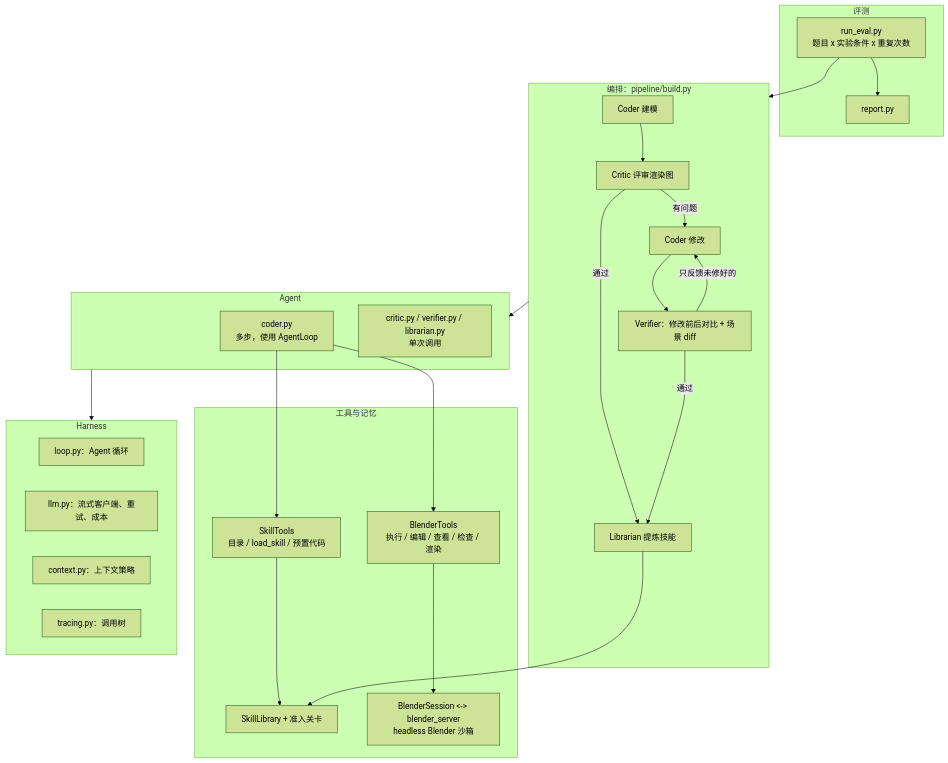
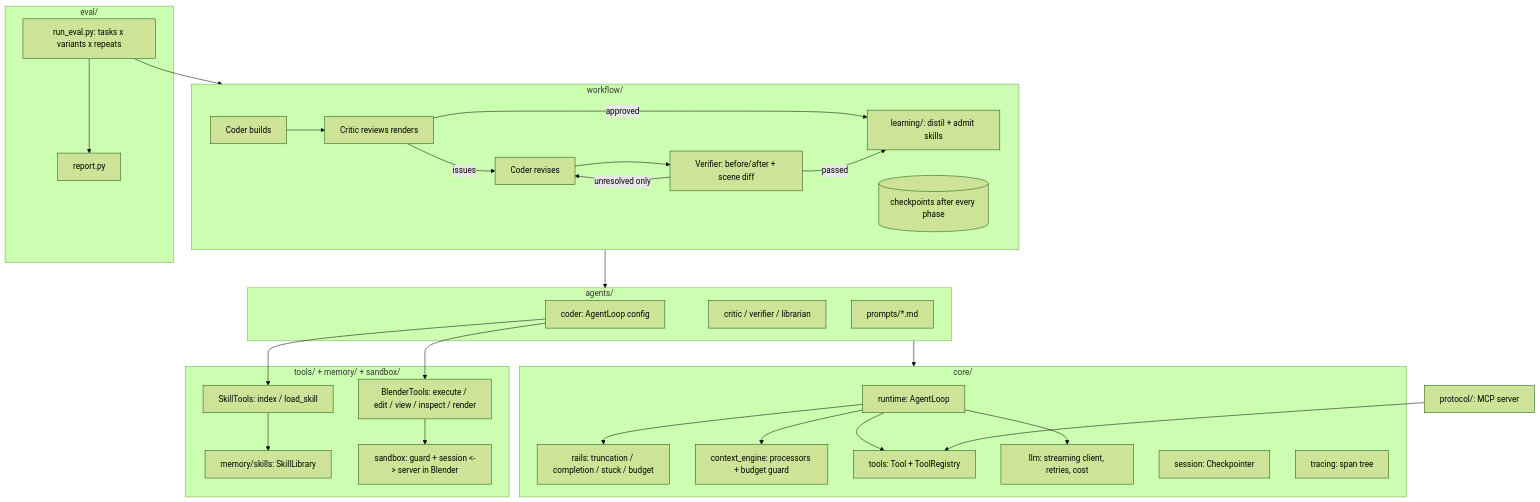
One commit to cccky0813/BlendHarness changed the diagram in README.zh-CN.md. Above: the diagram before and after it, drawn with Mermaid (forest theme). The commit also changed other lines of this file and 5 other files, not shown here.

First line of the commit message:
Document the restructured architecture

````diff
--- a/README.zh-CN.md
+++ b/README.zh-CN.md
@@ -30,37 +32,43 @@
 ```mermaid
 flowchart TB
-    subgraph EVAL[评测]
-        RUN[run_eval.py<br/>题目 x 实验条件 x 重复次数] --> REP[report.py]
+    subgraph EVAL[eval/]
+        RUN[run_eval.py: tasks x variants x repeats] --> REP[report.py]
     end
-    subgraph PIPE[编排：pipeline/build.py]
-        C0[Coder 建模] --> CR[Critic 评审渲染图]
-        CR -->|有问题| C1[Coder 修改]
-        C1 --> V[Verifier：修改前后对比 + 场景 diff]
-        V -->|只反馈未修好的| C1
-        CR -->|通过| L[Librarian 提炼技能]
-        V -->|通过| L
+    subgraph WF[workflow/]
+        C0[Coder builds] --> CR[Critic reviews renders]
+        CR -->|issues| C1[Coder revises]
+        C1 --> V[Verifier: before/after + scene diff]
+        V -->|unresolved only| C1
+        CR -->|approved| L[learning/: distil + admit skills]
+        V -->|passed| L
+        CK[(checkpoints after every phase)]
     end
-    subgraph AG[Agent]
-        CODER[coder.py<br/>多步，使用 AgentLoop]
-        SINGLE[critic.py / verifier.py / librarian.py<br/>单次调用]
+    subgraph AG[agents/]
+        CODER[coder: AgentLoop config]
+        SINGLE[critic / verifier / librarian]
+        PR[prompts/*.md]
     end
-    subgraph TL[工具与记忆]
-        BT[BlenderTools<br/>执行 / 编辑 / 查看 / 检查 / 渲染]
-        ST[SkillTools<br/>目录 / load_skill / 预置代码]
-        MEM[SkillLibrary + 准入关卡]
-        SB[BlenderSession <-> blender_server<br/>headless Blender 沙箱]
+    subgraph TL[tools/ + memory/ + sandbox/]
+        BT[BlenderTools: execute / edit / view / inspect / render]
+        ST[SkillTools: index / load_skill]
+        MEM[memory/skills: SkillLibrary]
+        SB[sandbox: guard + session <-> server in Blender]
     end
-    subgraph H[Harness]
-        LOOP[loop.py：Agent 循环]
-        LLM[llm.py：流式客户端、重试、成本]
-        CTX[context.py：上下文策略]
-        TR[tracing.py：调用树]
+    subgraph CORE[core/]
+        LOOP[runtime: AgentLoop]
+        RAILS[rails: truncation / completion / stuck / budget]
+        CTX[context_engine: processors + budget guard]
+        TOOLS[tools: Tool + ToolRegistry]
+        LLM[llm: streaming client, retries, cost]
+        SES[session: Checkpointer]
+        TR[tracing: span tree]
     end
-    RUN --> PIPE
-    PIPE --> AG
+    MCP[protocol/: MCP server] --> TOOLS
+    RUN --> WF
+    WF --> AG
     CODER --> BT & ST
     ST --> MEM
-    L --> MEM
     BT --> SB
-    AG --> H
+    AG --> CORE
+    LOOP --> RAILS & CTX & TOOLS & LLM
 ```
````
